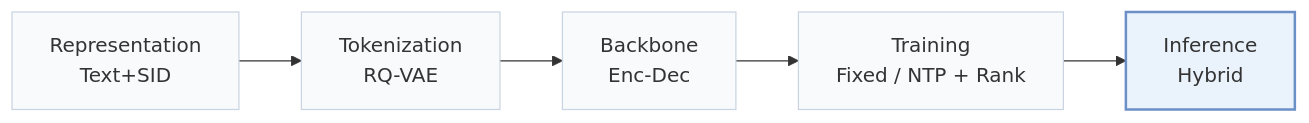
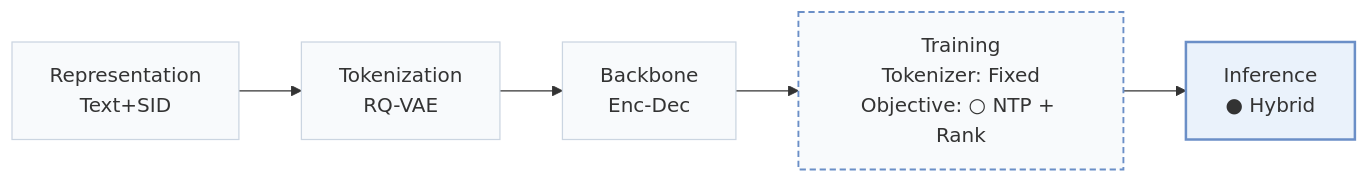
One commit to Galaxy-ghost/Awesome-SID-Generative-Rec changed the first of 2 diagrams in pages/papers/specgr.md. Above: the diagram before and after it, drawn with Mermaid. The commit also changed other lines of this file and 558 other files, not shown here.

````diff
--- a/pages/papers/specgr.md
+++ b/pages/papers/specgr.md
@@ -15,8 +19,10 @@
 ```mermaid
 flowchart LR
-    R["Representation<br/>Text+SID"] --> T["Tokenization<br/>RQ-VAE"] --> B["Backbone<br/>Enc-Dec"] --> TR["Training<br/>Fixed / NTP + Rank"] --> I["Inference<br/>Hybrid"]
+    R["Representation<br/>Text+SID"] --> T["Tokenization<br/>RQ-VAE"] --> B["Backbone<br/>Enc-Dec"] --> TR["Training<br/>Tokenizer: Fixed<br/>Objective: ○ NTP + Rank"] --> I["Inference<br/>● Hybrid"]
     classDef base fill:#f8fafc,stroke:#cbd5e1
     class R,T,B,TR,I base
+    classDef other fill:#f8fafc,stroke:#6b8fc7,stroke-width:1.5px,stroke-dasharray:5 3
+    class TR other
     classDef main fill:#eaf2fb,stroke:#6b8fc7,stroke-width:2px
     class I main
 ```
````
